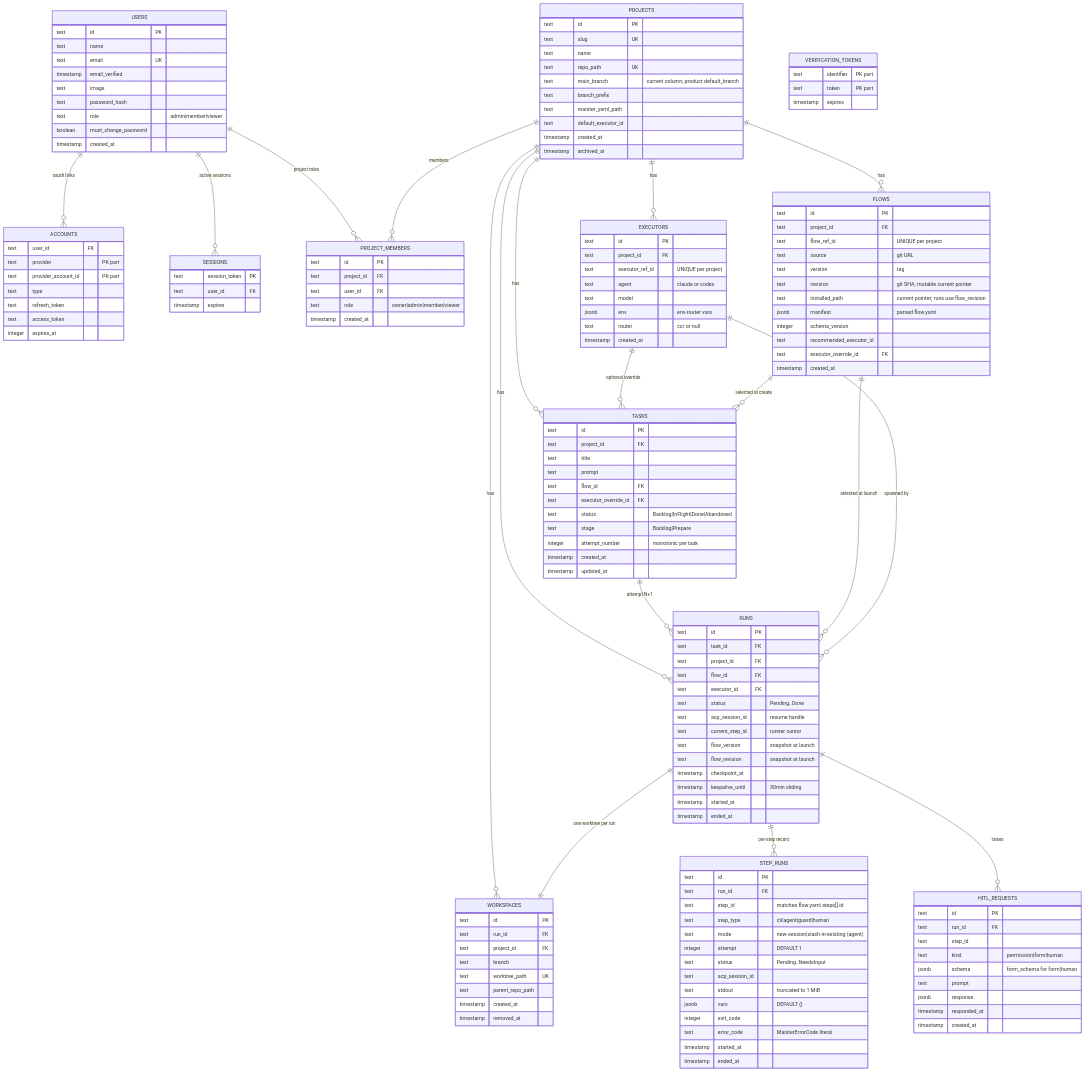
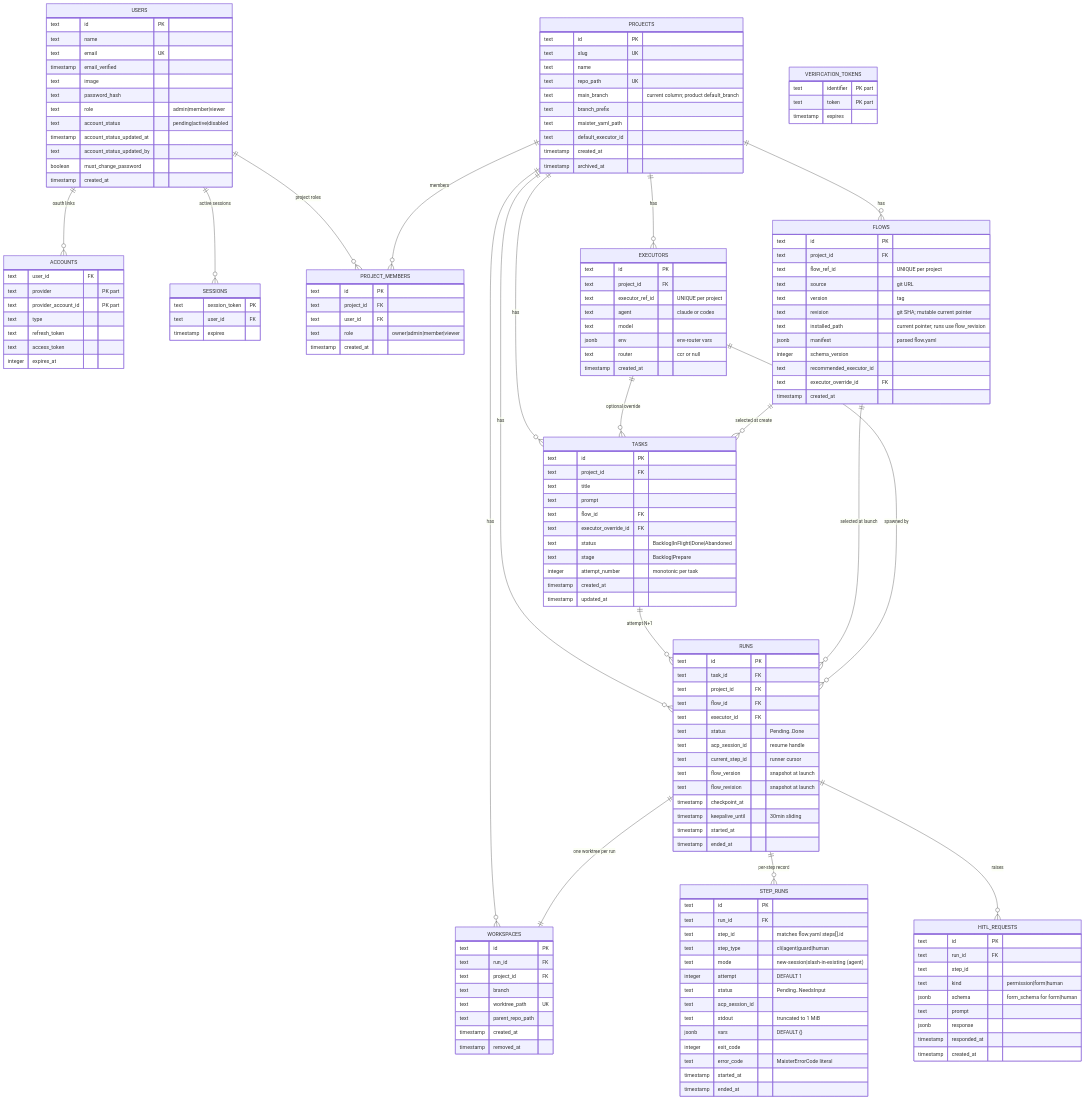
Before and after one commit to maister-dev/maister: the diagram in docs/db/erd.md, drawn with Mermaid. The commit also changed other lines of this file and 37 other files, not shown here.

```diff
--- a/docs/db/erd.md
+++ b/docs/db/erd.md
@@ -37,6 +37,9 @@
         text image
         text password_hash
         text role "admin|member|viewer"
+        text account_status "pending|active|disabled"
+        timestamp account_status_updated_at
+        text account_status_updated_by
         boolean must_change_password
         timestamp created_at
     }
```
